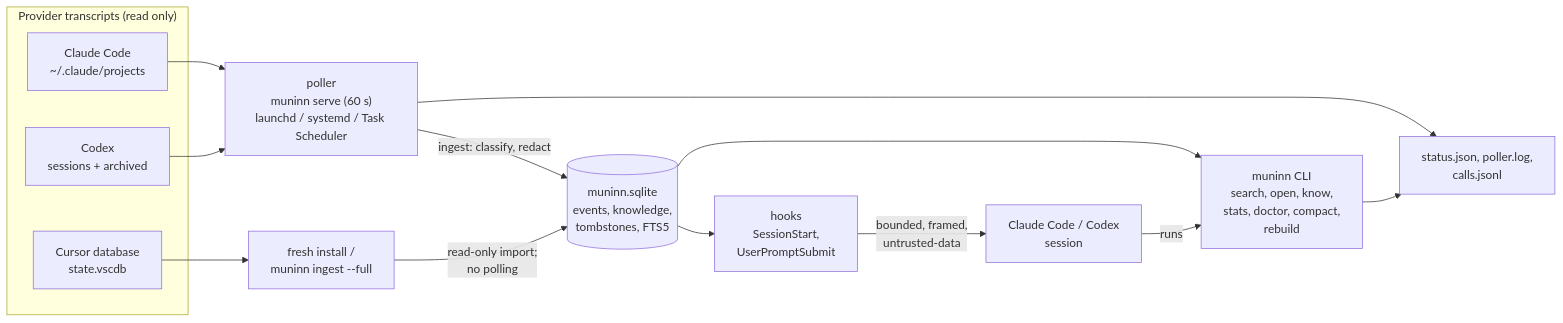
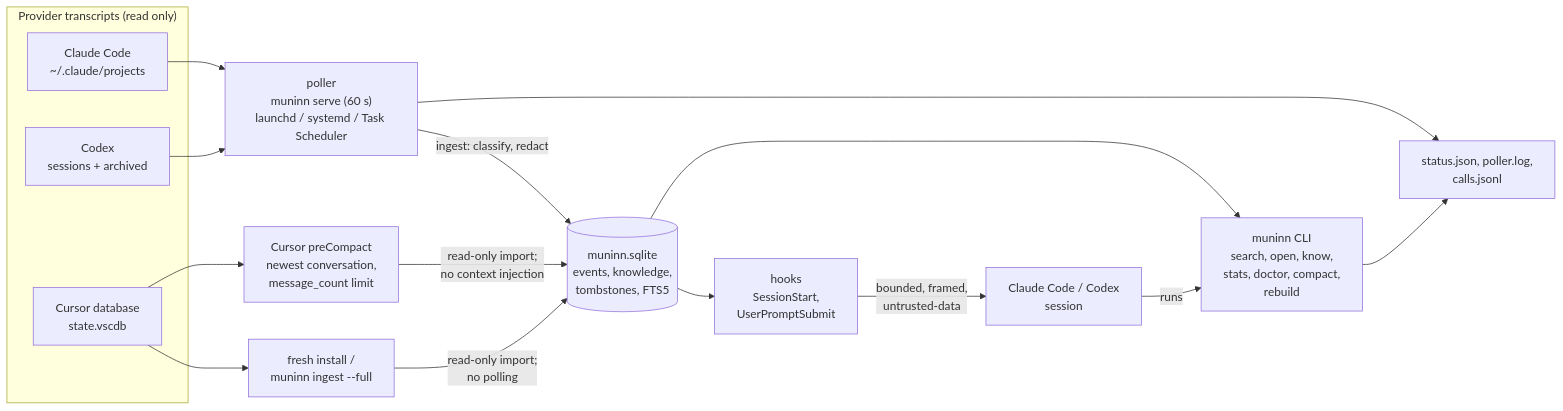
The diagram in docs/ARCHITECTURE.md (blueman82/muninn), drawn with Mermaid before and after one commit. The commit also changed other lines of this file and 1 other file, not shown here.

Commit message:
Document Cursor preCompact architecture and troubleshooting

````diff
--- a/docs/ARCHITECTURE.md
+++ b/docs/ARCHITECTURE.md
@@ -3,26 +3,29 @@
 ```mermaid
 flowchart LR
   subgraph Providers["Provider transcripts (read only)"]
     CC["Claude Code<br/>~/.claude/projects"]
     CX["Codex<br/>sessions + archived"]
     CUR["Cursor database<br/>state.vscdb"]
   end
   P["poller<br/>muninn serve (60 s)<br/>launchd / systemd / Task Scheduler"]
   CI["fresh install /<br/>muninn ingest --full"]
+  CH["Cursor preCompact<br/>newest conversation,<br/>message_count limit"]
   DB[("muninn.sqlite<br/>events, knowledge,<br/>tombstones, FTS5")]
   CLI["muninn CLI<br/>search, open, know,<br/>stats, doctor, compact,<br/>rebuild"]
   H["hooks<br/>SessionStart,<br/>UserPromptSubmit"]
   A["Claude Code / Codex<br/>session"]
   L["status.json, poller.log,<br/>calls.jsonl"]
   CC --> P
   CX --> P
   P -->|"ingest: classify, redact"| DB
   CUR --> CI
+  CUR --> CH
+  CH -->|"read-only import;<br/>no context injection"| DB
   CI -->|"read-only import;<br/>no polling"| DB
   P --> L
   DB --> CLI
   DB --> H
   H -->|"bounded, framed,<br/>untrusted-data"| A
   A -->|"runs"| CLI
   CLI --> L
 ```
````
